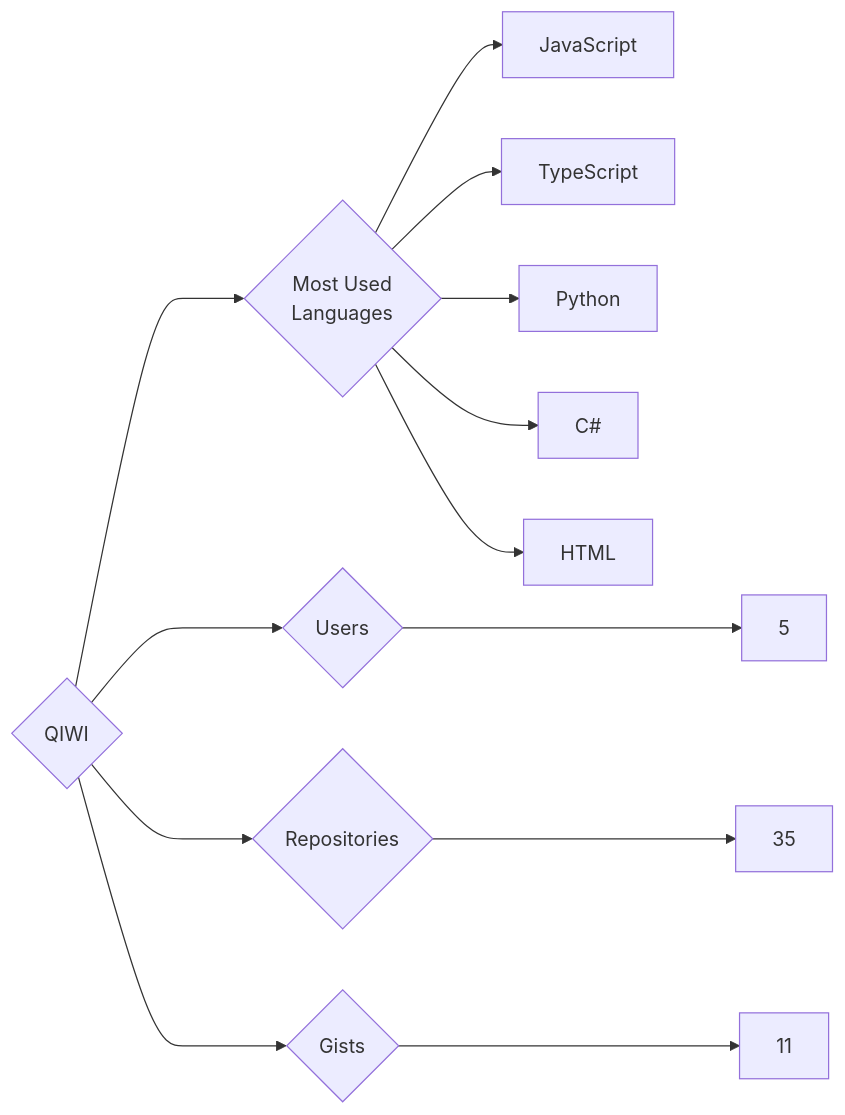
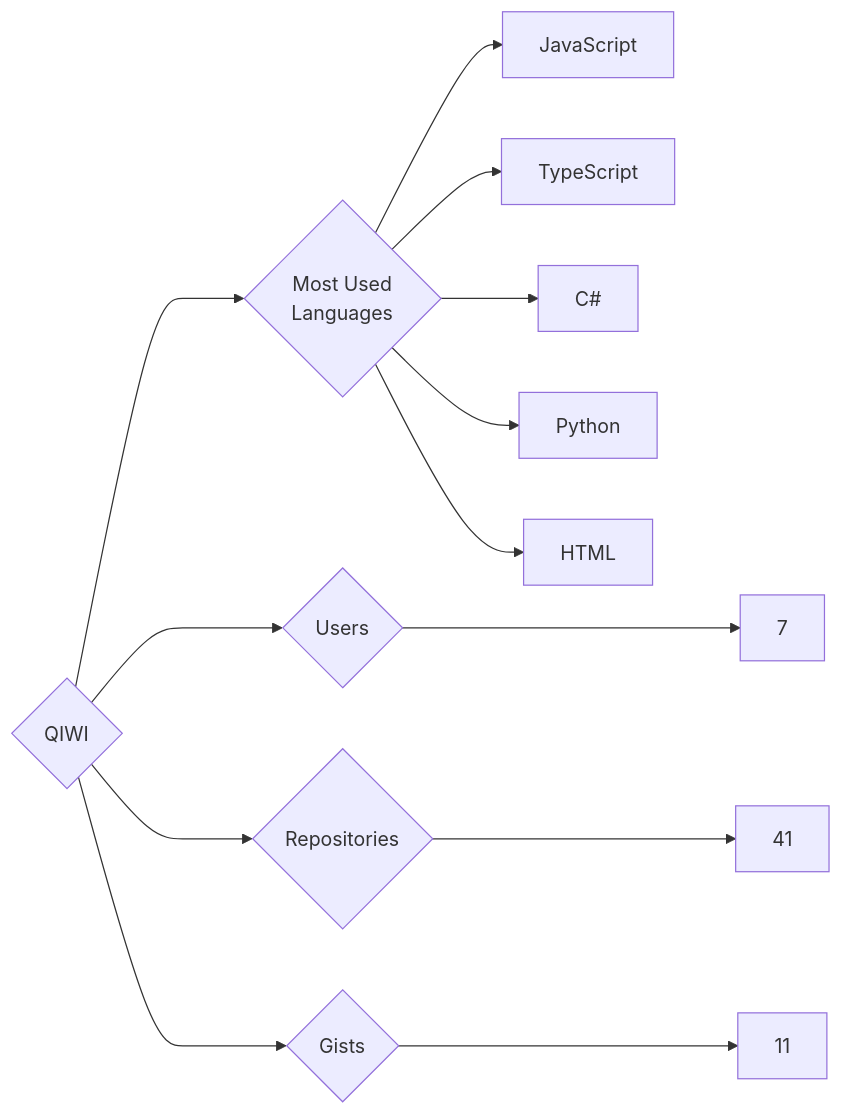
One commit to trickest/insiders changed the diagram in targets/QIWI/README.md. Above: the diagram before and after it, drawn with Mermaid. The commit also changed 833 other files, not shown here.

````diff
--- a/targets/QIWI/README.md
+++ b/targets/QIWI/README.md
@@ -3,13 +3,13 @@
 ```mermaid
 graph LR
 COMPANY_NAME{QIWI}
-COMPANY_NAME ---> U{Users} ---> UN[5]
-COMPANY_NAME ---> R{Repositories} ---> RN[35]
+COMPANY_NAME ---> U{Users} ---> UN[7]
+COMPANY_NAME ---> R{Repositories} ---> RN[41]
 COMPANY_NAME ---> G{Gists} ---> GN[11]
 COMPANY_NAME ---> ML{Most Used<br>Languages}
 ML --> JavaScript[JavaScript]
 ML --> TypeScript[TypeScript]
+ML --> C#[C#]
 ML --> Python[Python]
-ML --> C#[C#]
 ML --> HTML[HTML]
 ```
````
